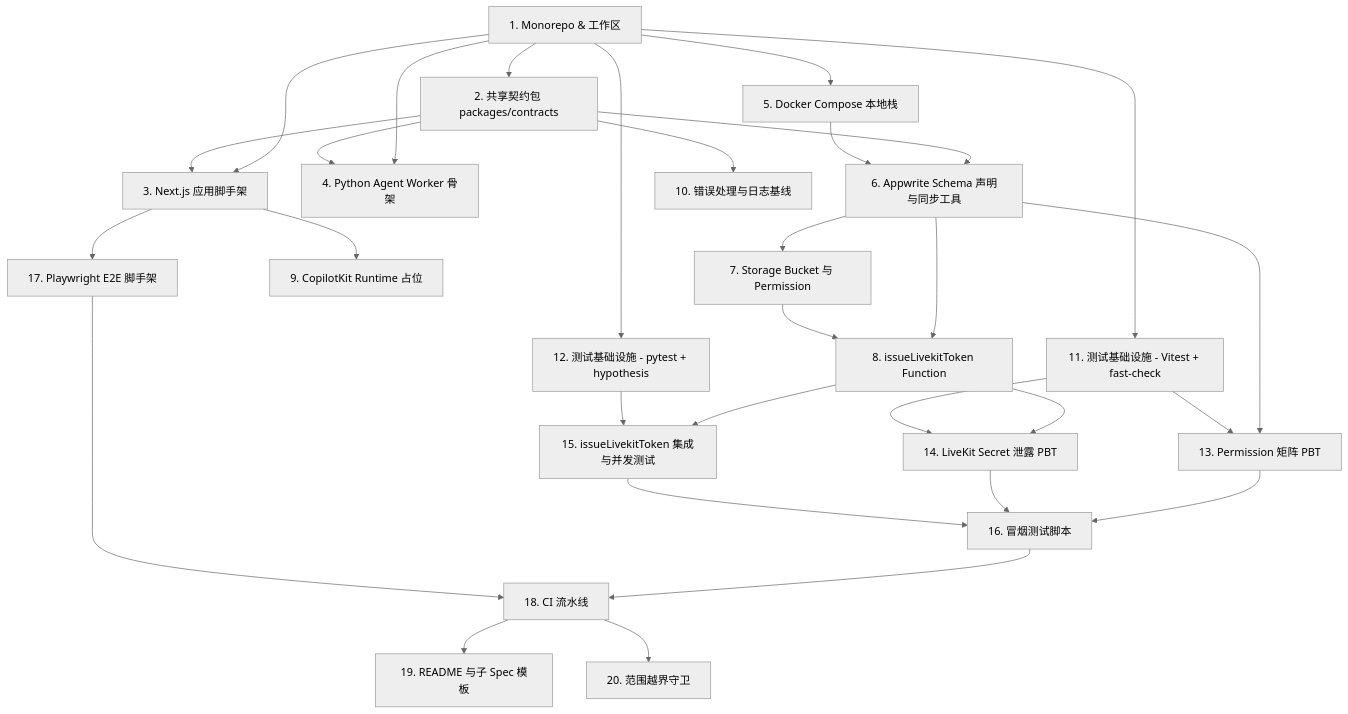
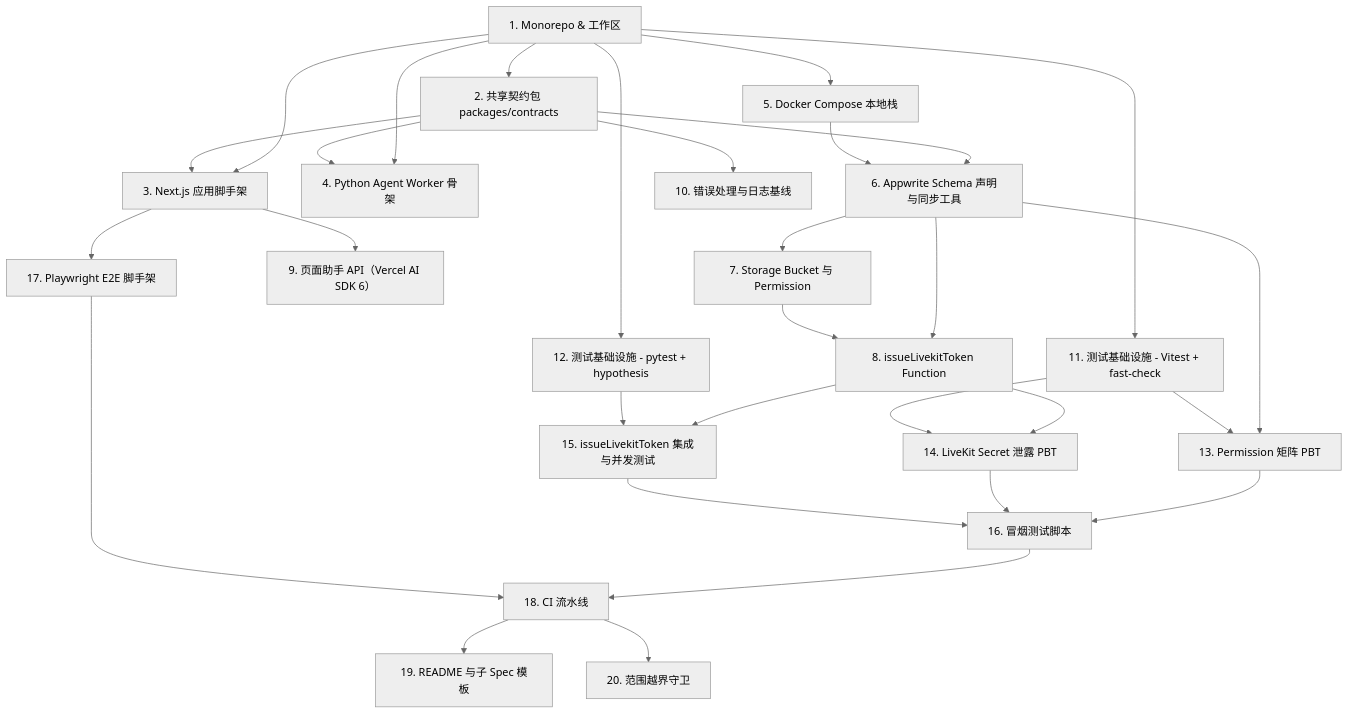
Before and after one commit to zhangsiyu0202-coder/Morris: the diagram in .kiro/specs/foundation-setup/tasks.md, drawn with Mermaid (neutral theme). The commit also changed other lines of this file and 83 other files, not shown here.

````diff
--- a/.kiro/specs/foundation-setup/tasks.md
+++ b/.kiro/specs/foundation-setup/tasks.md
@@ -9,53 +9,53 @@
 ```mermaid
 flowchart TD
     T1[1. Monorepo & 工作区]
     T2[2. 共享契约包 packages/contracts]
     T3[3. Next.js 应用脚手架]
     T4[4. Python Agent Worker 骨架]
     T5[5. Docker Compose 本地栈]
     T6[6. Appwrite Schema 声明与同步工具]
     T7[7. Storage Bucket 与 Permission]
     T8[8. issueLivekitToken Function]
-    T9[9. CopilotKit Runtime 占位]
+    T9[9. 页面助手 API（Vercel AI SDK 6）]
     T10[10. 错误处理与日志基线]
     T11[11. 测试基础设施 - Vitest + fast-check]
     T12[12. 测试基础设施 - pytest + hypothesis]
     T13[13. Permission 矩阵 PBT]
     T14[14. LiveKit Secret 泄露 PBT]
     T15[15. issueLivekitToken 集成与并发测试]
     T16[16. 冒烟测试脚本]
     T17[17. Playwright E2E 脚手架]
     T18[18. CI 流水线]
     T19[19. README 与子 Spec 模板]
     T20[20. 范围越界守卫]
 
     T1 --> T2
     T1 --> T3
     T1 --> T4
     T1 --> T5
     T2 --> T3
     T2 --> T4
     T2 --> T6
     T5 --> T6
     T6 --> T7
     T6 --> T8
     T7 --> T8
     T3 --> T9
     T2 --> T10
     T1 --> T11
     T1 --> T12
     T6 --> T13
     T8 --> T14
     T8 --> T15
     T11 --> T13
     T11 --> T14
     T12 --> T15
     T13 --> T16
     T14 --> T16
     T15 --> T16
     T3 --> T17
     T16 --> T18
     T17 --> T18
     T18 --> T19
     T18 --> T20
 ```
````
